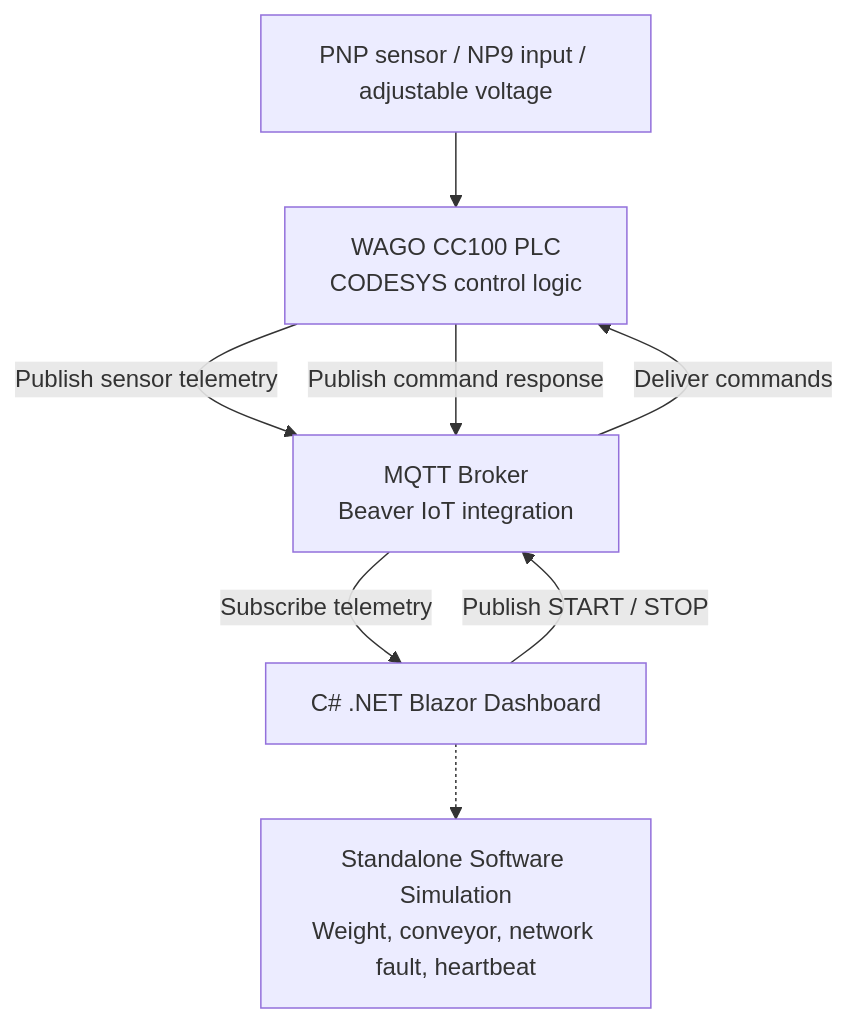
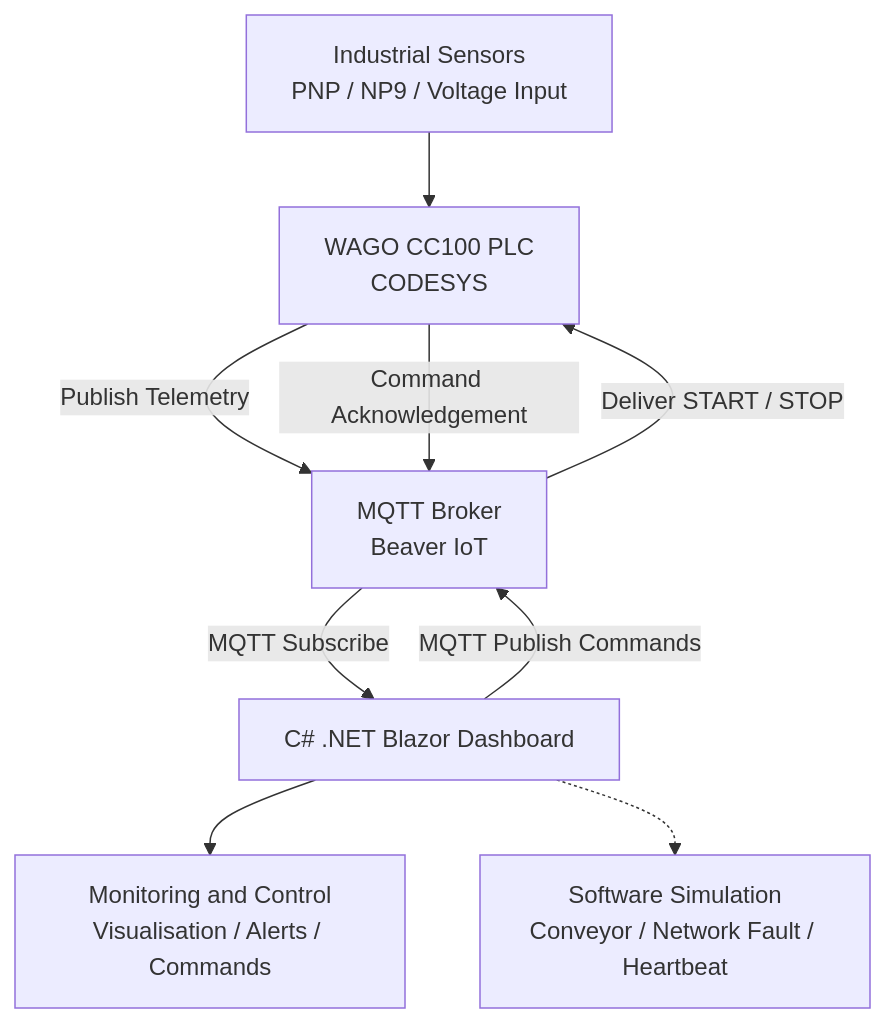
Before and after one commit to jwlai2003/CA2: the diagram in README.md, drawn with Mermaid. The commit also changed other lines of this file, not shown here.

````diff
--- a/README.md
+++ b/README.md
@@ -35,10 +39,18 @@
 ```mermaid
 flowchart TD
-    S["PNP sensor / NP9 input / adjustable voltage"] --> P["WAGO CC100 PLC<br/>CODESYS control logic"]
-    P -->|Publish sensor telemetry| B["MQTT Broker<br/>Beaver IoT integration"]
-    B -->|Subscribe telemetry| D["C# .NET Blazor Dashboard"]
-    D -->|Publish START / STOP| B
-    B -->|Deliver commands| P
-    P -->|Publish command response| B
-    D -.-> SIM["Standalone Software Simulation<br/>Weight, conveyor, network fault, heartbeat"]
+    A["Industrial Sensors<br/>PNP / NP9 / Voltage Input"]
+    B["WAGO CC100 PLC<br/>CODESYS"]
+    C["MQTT Broker<br/>Beaver IoT"]
+    D["C# .NET Blazor Dashboard"]
+    E["Monitoring and Control<br/>Visualisation / Alerts / Commands"]
+    F["Software Simulation<br/>Conveyor / Network Fault / Heartbeat"]
+
+    A --> B
+    B -->|"Publish Telemetry"| C
+    C -->|"MQTT Subscribe"| D
+    D -->|"MQTT Publish Commands"| C
+    C -->|"Deliver START / STOP"| B
+    B -->|"Command Acknowledgement"| C
+    D --> E
+    D -.-> F
 ```
````
